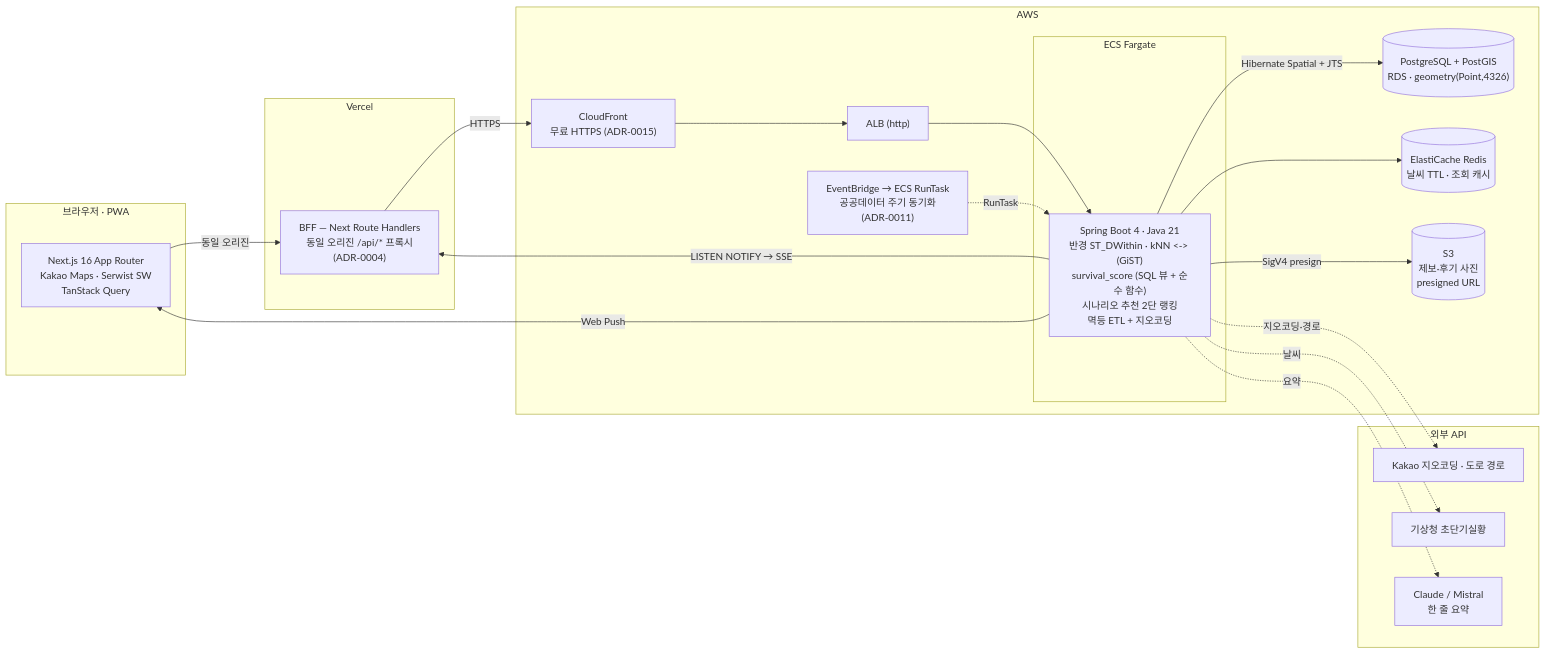
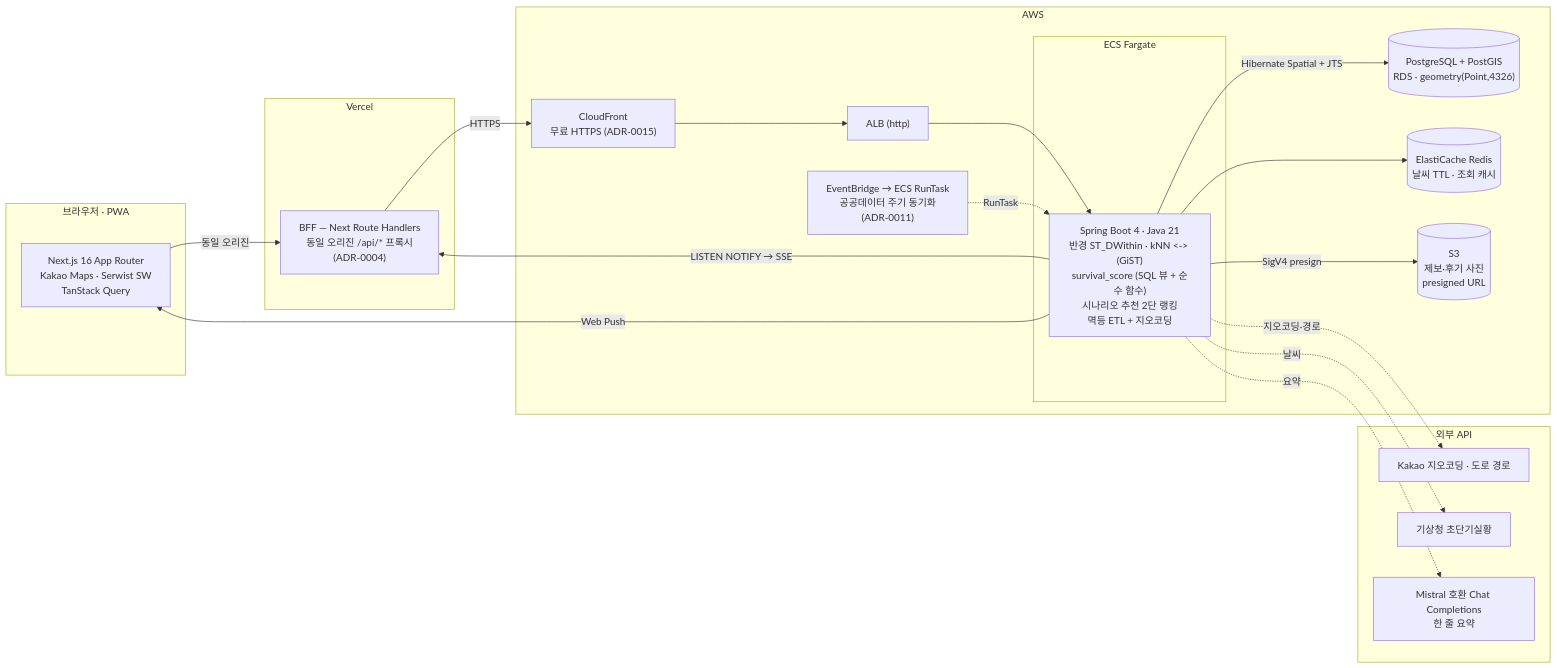
The first of 3 diagrams in docs/architecture.md (hoeongj/geuneul), drawn with Mermaid before and after one commit. The commit also changed 8 other files, not shown here.

````diff
--- a/docs/architecture.md
+++ b/docs/architecture.md
@@ -12,40 +12,40 @@
 ```mermaid
 flowchart LR
   subgraph client["브라우저 · PWA"]
     UI["Next.js 16 App Router<br/>Kakao Maps · Serwist SW<br/>TanStack Query"]
   end
 
   subgraph vercel["Vercel"]
     BFF["BFF — Next Route Handlers<br/>동일 오리진 /api/* 프록시<br/>(ADR-0004)"]
   end
 
   subgraph aws["AWS"]
     CF["CloudFront<br/>무료 HTTPS (ADR-0015)"]
     ALB["ALB (http)"]
     subgraph ecs["ECS Fargate"]
       API["Spring Boot 4 · Java 21<br/>반경 ST_DWithin · kNN &lt;-&gt; (GiST)<br/>survival_score (SQL 뷰 + 순수 함수)<br/>시나리오 추천 2단 랭킹<br/>멱등 ETL + 지오코딩"]
     end
     PG[("PostgreSQL + PostGIS<br/>RDS · geometry(Point,4326)")]
     REDIS[("ElastiCache Redis<br/>날씨 TTL · 조회 캐시")]
     S3[("S3<br/>제보·후기 사진<br/>presigned URL")]
     EB["EventBridge → ECS RunTask<br/>공공데이터 주기 동기화<br/>(ADR-0011)"]
   end
 
   subgraph ext["외부 API"]
     KAKAO["Kakao 지오코딩 · 도로 경로"]
     KMA["기상청 초단기실황"]
-    AI["Claude / Mistral<br/>한 줄 요약"]
+    AI["Mistral 호환 Chat Completions<br/>한 줄 요약"]
   end
 
   UI -->|동일 오리진| BFF
   BFF -->|HTTPS| CF --> ALB --> API
   API -->|Hibernate Spatial + JTS| PG
   API --> REDIS
   API -->|SigV4 presign| S3
   API -.지오코딩·경로.-> KAKAO
   API -.날씨.-> KMA
   API -.요약.-> AI
   EB -.RunTask.-> API
   API -->|LISTEN NOTIFY → SSE| BFF
   API -->|Web Push| UI
 ```
````
